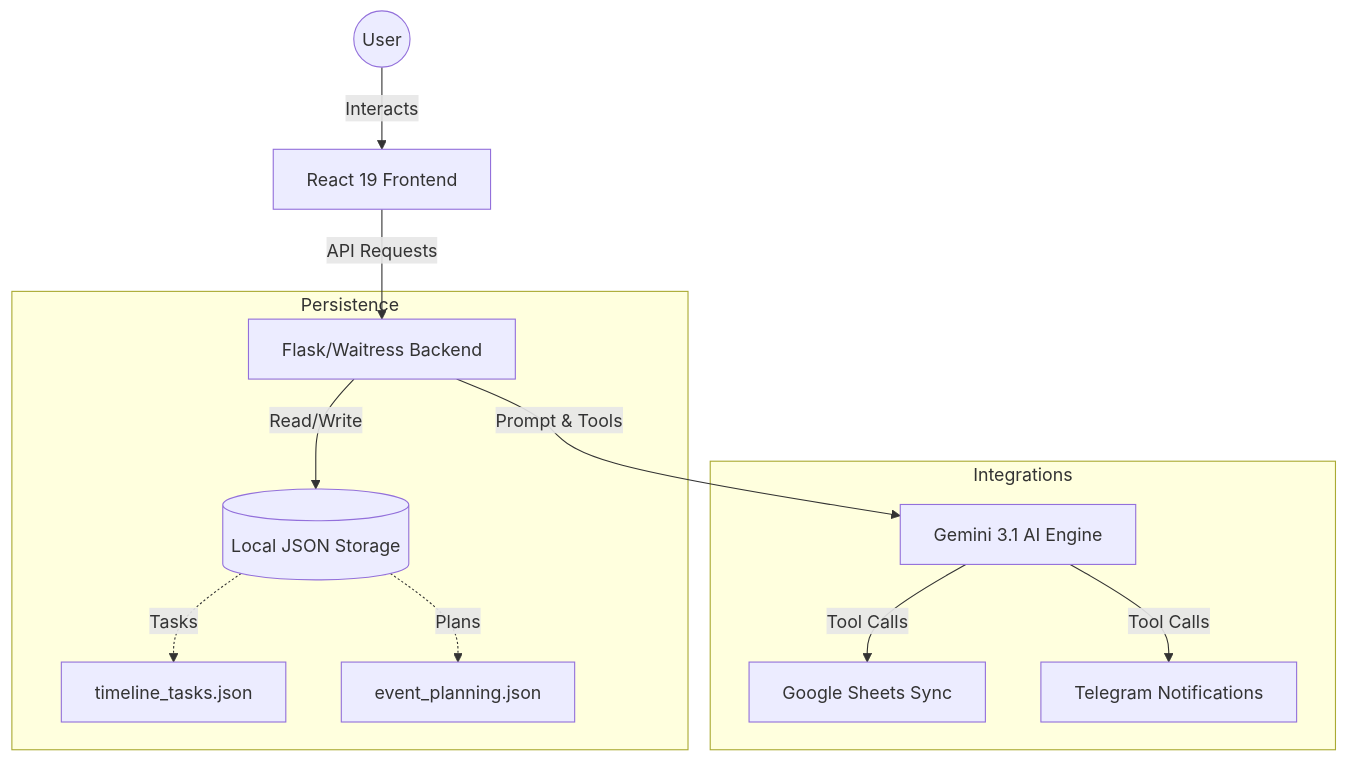
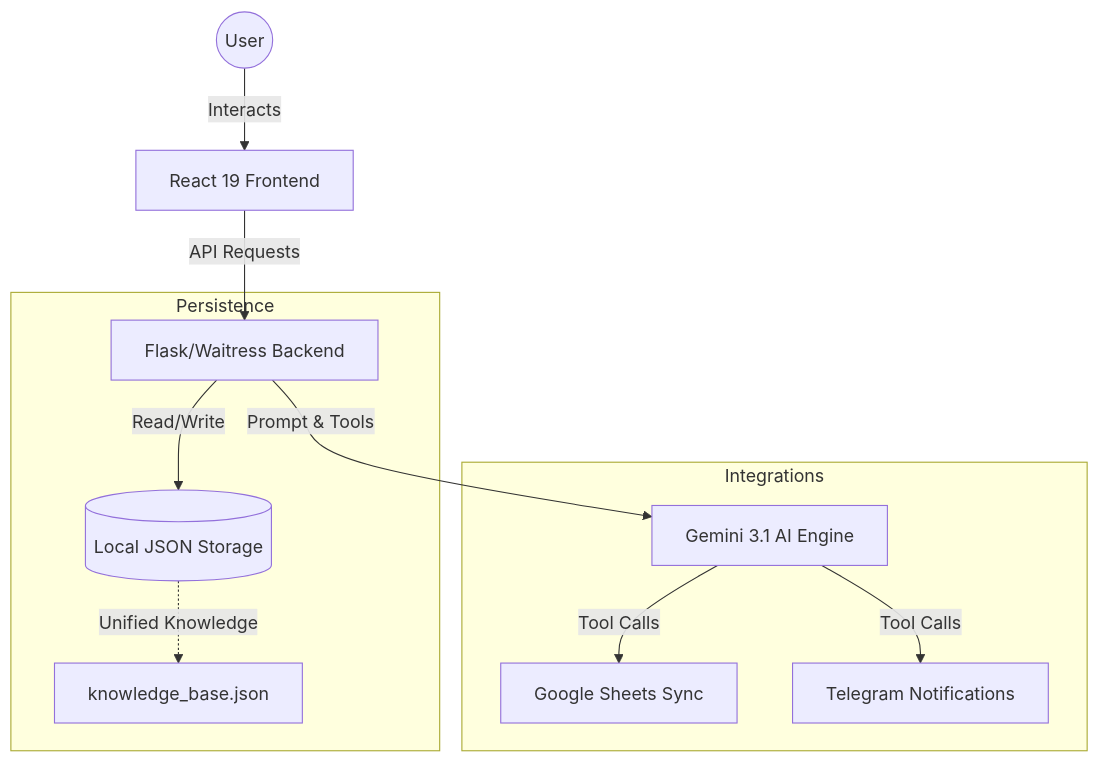
Before and after one commit to chaziyu/gdg_hack_the_hussle: the diagram in README.md, drawn with Mermaid. The commit also changed other lines of this file and 2 other files, not shown here.

````diff
--- a/README.md
+++ b/README.md
@@ -15,17 +15,16 @@
 ```mermaid
 graph TD
     User((User)) -->|Interacts| UI[React 19 Frontend]
     UI -->|API Requests| API[Flask/Waitress Backend]
     API -->|Prompt & Tools| Gemini[Gemini 3.1 AI Engine]
     
     subgraph Persistence
         API -->|Read/Write| DB[(Local JSON Storage)]
-        DB -.->|Tasks| Timeline[timeline_tasks.json]
-        DB -.->|Plans| EventPlan[event_planning.json]
+        DB -.->|Unified Knowledge| KB[knowledge_base.json]
     end
     
     subgraph Integrations
         Gemini -->|Tool Calls| SHEETS[Google Sheets Sync]
         Gemini -->|Tool Calls| TELEGRAM[Telegram Notifications]
     end
 ```
````
